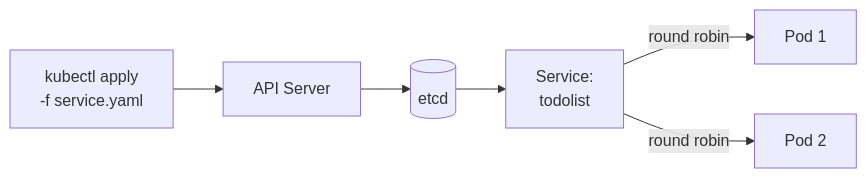
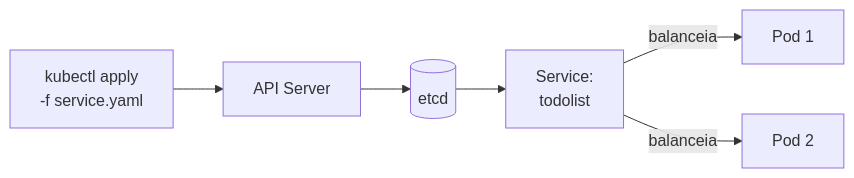
The eighth of 11 diagrams in README.md (weynne/cesar-school-pos-devops-k8s-labs), drawn with Mermaid before and after one commit. The commit also changed other lines of this file, not shown here.

````diff
--- a/README.md
+++ b/README.md
@@ -221,12 +335,12 @@
 ```mermaid
 flowchart LR
     Apply["kubectl apply<br/>-f service.yaml"]
     API["API Server"]
     etcd[("etcd")]
     SVC["Service:<br/>todolist"]
     Pod1["Pod 1"]
     Pod2["Pod 2"]
 
     Apply --> API --> etcd --> SVC
-    SVC -->|round robin| Pod1 & Pod2
+    SVC -->|balanceia| Pod1 & Pod2
 ```
````
